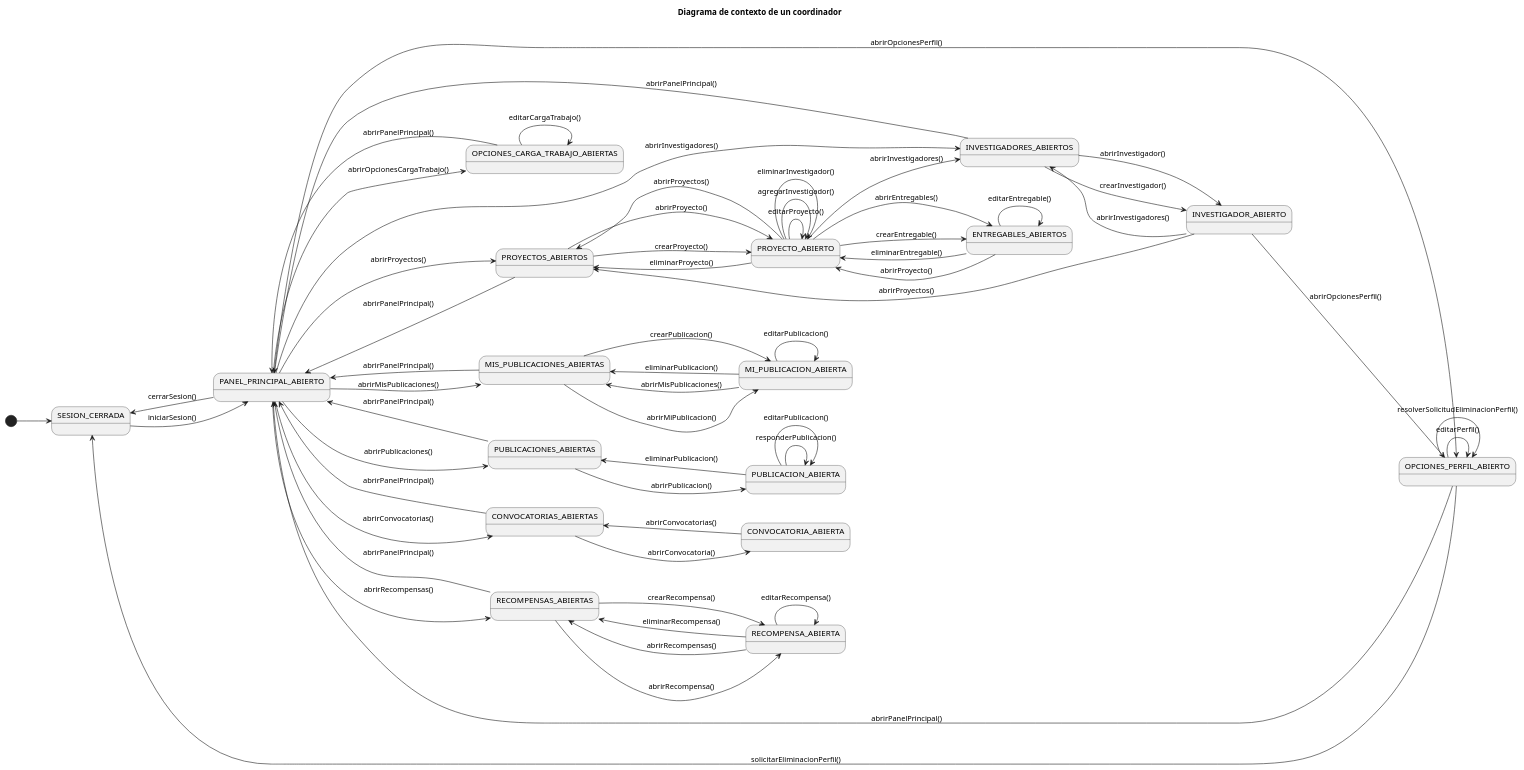
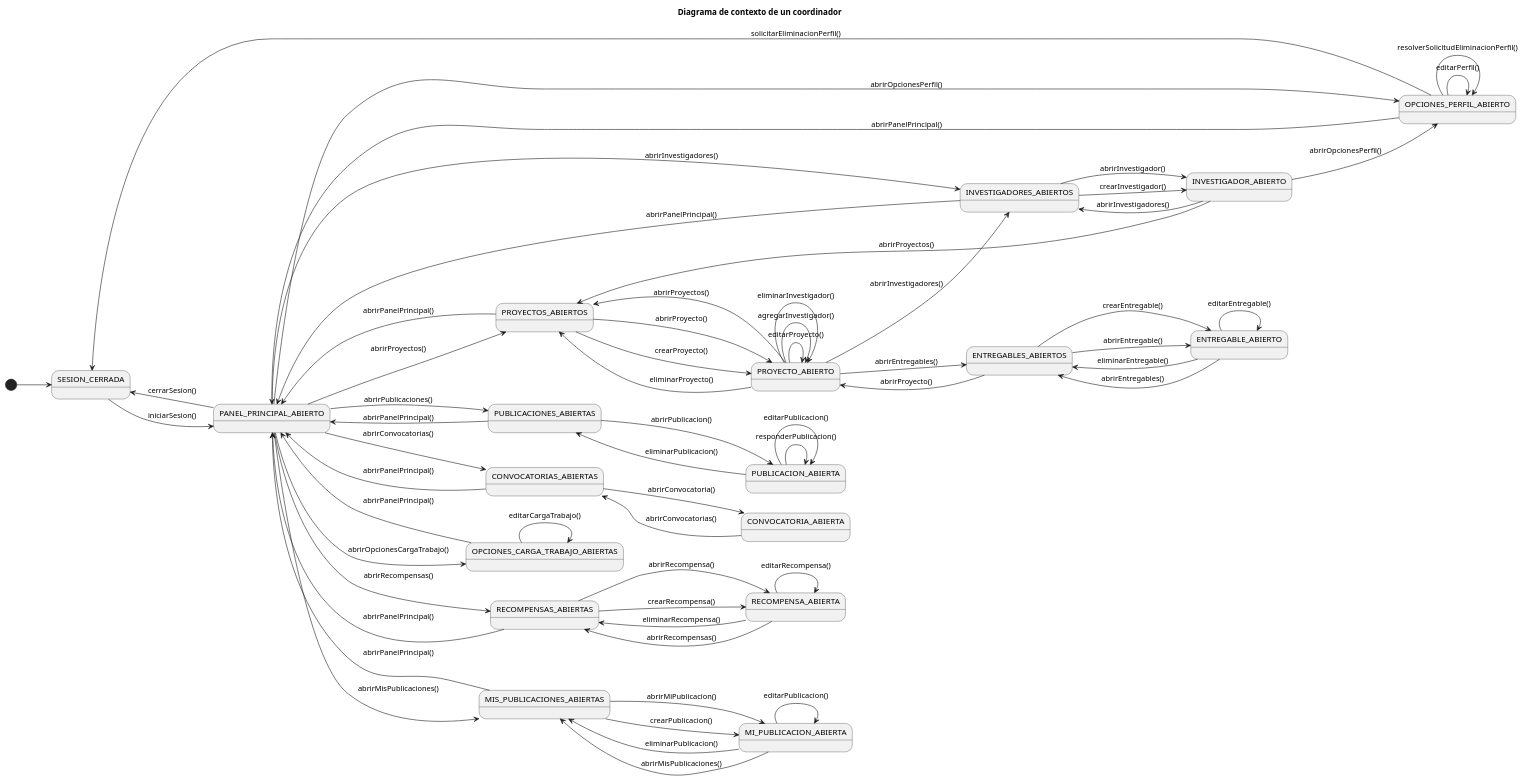
Before and after one commit to 31Diego/25-26-IdSw1-SdR: the diagram in documentación/CasosDeUso/Diagramas/DiagramaContextoCoordinador.puml, drawn with PlantUML. The commit also changed 5 other files, not shown here.

```diff
--- a/documentación/CasosDeUso/Diagramas/DiagramaContextoCoordinador.puml
+++ b/documentación/CasosDeUso/Diagramas/DiagramaContextoCoordinador.puml
@@ -1,76 +1,79 @@
 @startuml DiagramaContextoCoordinador
 
 title Diagrama de contexto de un coordinador
 
 left to right direction
 
 [*] --> SESION_CERRADA
 SESION_CERRADA --> PANEL_PRINCIPAL_ABIERTO: iniciarSesion()
 PANEL_PRINCIPAL_ABIERTO --> SESION_CERRADA: cerrarSesion()
 
 PANEL_PRINCIPAL_ABIERTO --> OPCIONES_PERFIL_ABIERTO: abrirOpcionesPerfil()
 PANEL_PRINCIPAL_ABIERTO --> OPCIONES_CARGA_TRABAJO_ABIERTAS: abrirOpcionesCargaTrabajo()
 PANEL_PRINCIPAL_ABIERTO --> PROYECTOS_ABIERTOS: abrirProyectos()
 PANEL_PRINCIPAL_ABIERTO --> INVESTIGADORES_ABIERTOS: abrirInvestigadores()
 PANEL_PRINCIPAL_ABIERTO --> MIS_PUBLICACIONES_ABIERTAS: abrirMisPublicaciones()
 PANEL_PRINCIPAL_ABIERTO --> PUBLICACIONES_ABIERTAS: abrirPublicaciones()
 PANEL_PRINCIPAL_ABIERTO --> CONVOCATORIAS_ABIERTAS: abrirConvocatorias()
 PANEL_PRINCIPAL_ABIERTO --> RECOMPENSAS_ABIERTAS: abrirRecompensas()
 
 PUBLICACIONES_ABIERTAS --> PUBLICACION_ABIERTA: abrirPublicacion()
 PUBLICACION_ABIERTA --> PUBLICACION_ABIERTA: responderPublicacion()
 PUBLICACION_ABIERTA --> PUBLICACION_ABIERTA: editarPublicacion()
 PUBLICACION_ABIERTA --> PUBLICACIONES_ABIERTAS: eliminarPublicacion()
 PUBLICACIONES_ABIERTAS --> PANEL_PRINCIPAL_ABIERTO: abrirPanelPrincipal()
 
 MIS_PUBLICACIONES_ABIERTAS --> MI_PUBLICACION_ABIERTA: abrirMiPublicacion()
 MIS_PUBLICACIONES_ABIERTAS --> MI_PUBLICACION_ABIERTA: crearPublicacion()
 MI_PUBLICACION_ABIERTA --> MI_PUBLICACION_ABIERTA: editarPublicacion()
 MI_PUBLICACION_ABIERTA --> MIS_PUBLICACIONES_ABIERTAS: eliminarPublicacion()
 MIS_PUBLICACIONES_ABIERTAS --> PANEL_PRINCIPAL_ABIERTO: abrirPanelPrincipal()
 MI_PUBLICACION_ABIERTA --> MIS_PUBLICACIONES_ABIERTAS: abrirMisPublicaciones()
 
 OPCIONES_PERFIL_ABIERTO --> OPCIONES_PERFIL_ABIERTO: editarPerfil()
 OPCIONES_PERFIL_ABIERTO --> OPCIONES_PERFIL_ABIERTO: resolverSolicitudEliminacionPerfil()
 OPCIONES_PERFIL_ABIERTO --> SESION_CERRADA: solicitarEliminacionPerfil()
 OPCIONES_PERFIL_ABIERTO --> PANEL_PRINCIPAL_ABIERTO: abrirPanelPrincipal()
 
 OPCIONES_CARGA_TRABAJO_ABIERTAS --> OPCIONES_CARGA_TRABAJO_ABIERTAS: editarCargaTrabajo()
 OPCIONES_CARGA_TRABAJO_ABIERTAS --> PANEL_PRINCIPAL_ABIERTO: abrirPanelPrincipal()
 
 CONVOCATORIAS_ABIERTAS --> CONVOCATORIA_ABIERTA: abrirConvocatoria()
 CONVOCATORIA_ABIERTA --> CONVOCATORIAS_ABIERTAS: abrirConvocatorias()
 CONVOCATORIAS_ABIERTAS --> PANEL_PRINCIPAL_ABIERTO: abrirPanelPrincipal()
 
 RECOMPENSAS_ABIERTAS --> RECOMPENSA_ABIERTA: abrirRecompensa()
 RECOMPENSAS_ABIERTAS --> RECOMPENSA_ABIERTA: crearRecompensa()
 RECOMPENSA_ABIERTA --> RECOMPENSA_ABIERTA: editarRecompensa()
 RECOMPENSA_ABIERTA --> RECOMPENSAS_ABIERTAS: eliminarRecompensa()
 RECOMPENSA_ABIERTA --> RECOMPENSAS_ABIERTAS: abrirRecompensas()
 RECOMPENSAS_ABIERTAS --> PANEL_PRINCIPAL_ABIERTO: abrirPanelPrincipal()
 
 PROYECTOS_ABIERTOS --> PROYECTO_ABIERTO: abrirProyecto()
 PROYECTOS_ABIERTOS --> PROYECTO_ABIERTO: crearProyecto()
 PROYECTO_ABIERTO --> PROYECTO_ABIERTO: editarProyecto()
 PROYECTO_ABIERTO --> PROYECTOS_ABIERTOS: eliminarProyecto()
 PROYECTO_ABIERTO --> PROYECTO_ABIERTO: agregarInvestigador()
 PROYECTO_ABIERTO --> PROYECTO_ABIERTO: eliminarInvestigador()
 PROYECTO_ABIERTO --> ENTREGABLES_ABIERTOS: abrirEntregables()
-PROYECTO_ABIERTO --> ENTREGABLES_ABIERTOS: crearEntregable()
+ENTREGABLES_ABIERTOS --> ENTREGABLE_ABIERTO: crearEntregable()
 PROYECTO_ABIERTO --> INVESTIGADORES_ABIERTOS: abrirInvestigadores()
 PROYECTO_ABIERTO --> PROYECTOS_ABIERTOS: abrirProyectos()
 PROYECTOS_ABIERTOS --> PANEL_PRINCIPAL_ABIERTO: abrirPanelPrincipal()
 
-ENTREGABLES_ABIERTOS --> ENTREGABLES_ABIERTOS: editarEntregable()
-ENTREGABLES_ABIERTOS --> PROYECTO_ABIERTO: eliminarEntregable()
+ENTREGABLE_ABIERTO --> ENTREGABLE_ABIERTO: editarEntregable()
+ENTREGABLES_ABIERTOS --> ENTREGABLE_ABIERTO: abrirEntregable()
+ENTREGABLE_ABIERTO --> ENTREGABLES_ABIERTOS: eliminarEntregable()
 ENTREGABLES_ABIERTOS --> PROYECTO_ABIERTO: abrirProyecto()
+ENTREGABLE_ABIERTO --> ENTREGABLES_ABIERTOS: abrirEntregables()
+
 
 INVESTIGADORES_ABIERTOS --> INVESTIGADOR_ABIERTO: abrirInvestigador()
 INVESTIGADORES_ABIERTOS --> INVESTIGADOR_ABIERTO: crearInvestigador()
 INVESTIGADORES_ABIERTOS --> PANEL_PRINCIPAL_ABIERTO: abrirPanelPrincipal()
 
 INVESTIGADOR_ABIERTO --> OPCIONES_PERFIL_ABIERTO: abrirOpcionesPerfil()
 INVESTIGADOR_ABIERTO --> INVESTIGADORES_ABIERTOS: abrirInvestigadores()
 INVESTIGADOR_ABIERTO --> PROYECTOS_ABIERTOS: abrirProyectos()
 
 @enduml
```
